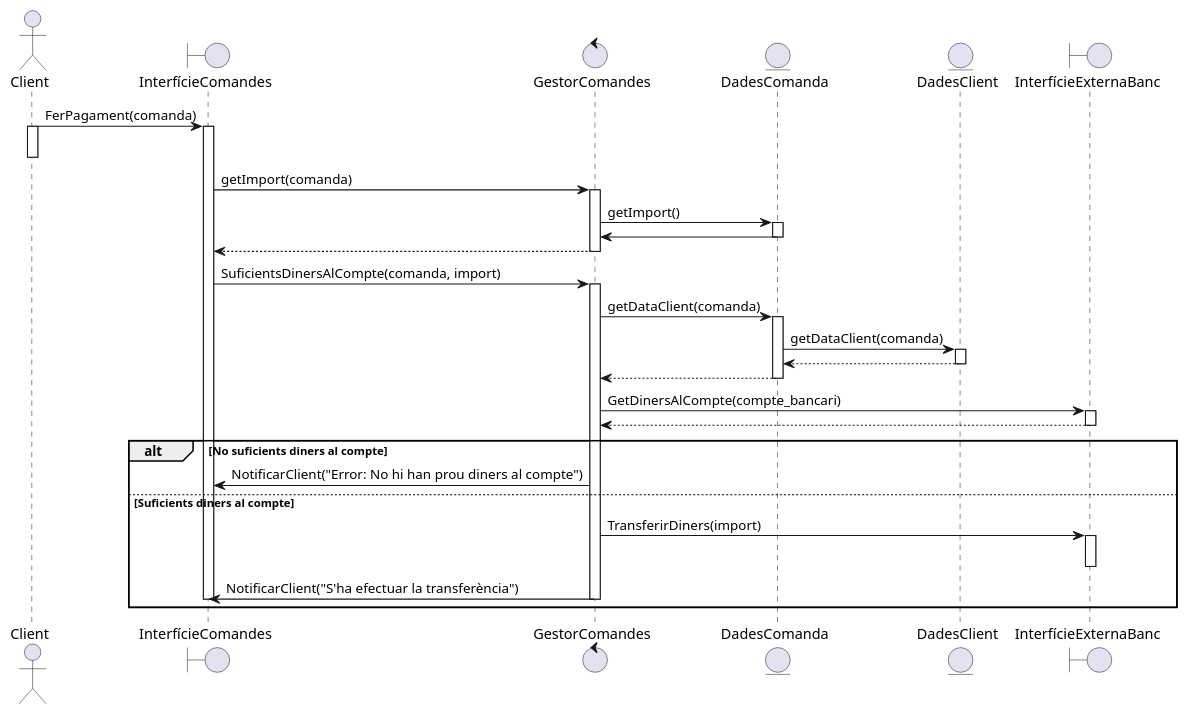
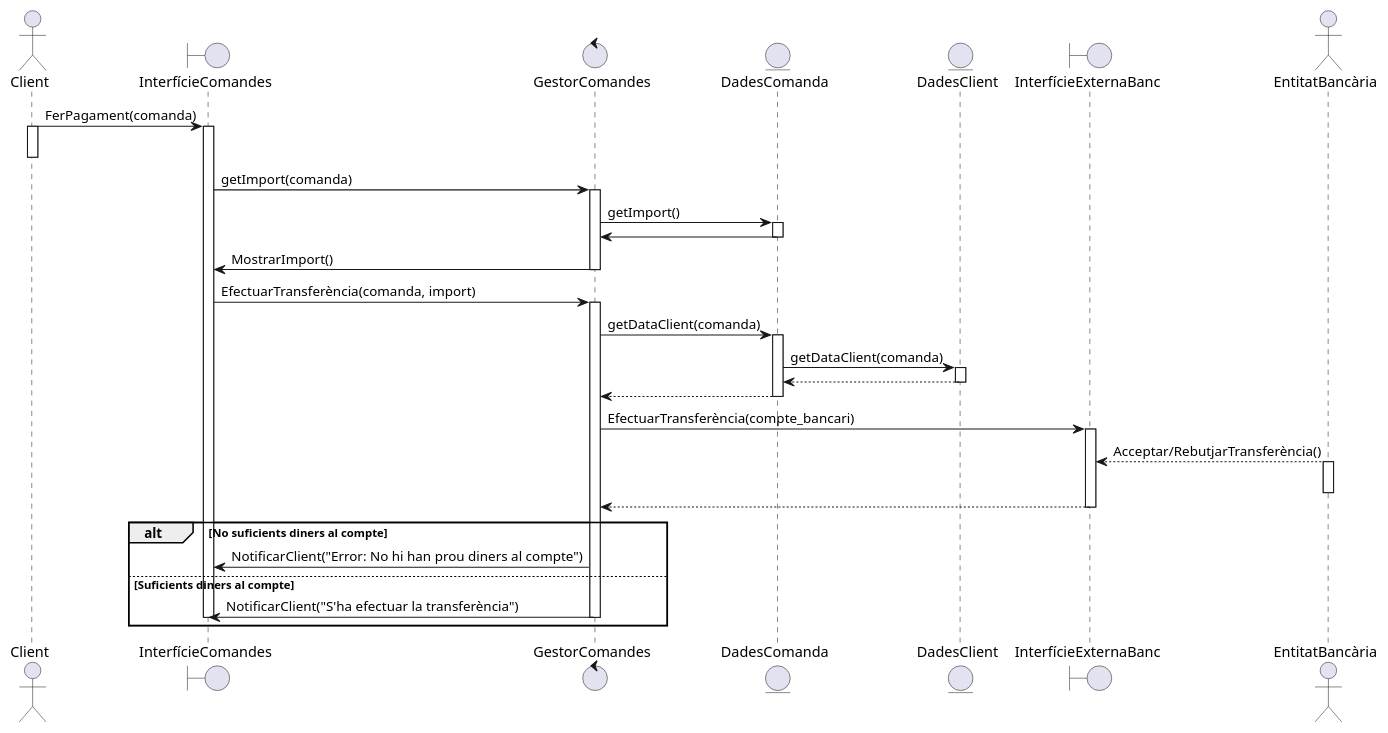
The diagram in documents/Diagrames i Especificacions/Seqüencia/seta/2 - fer pagament.puml (martipages/ES23UAB431-02), drawn with PlantUML before and after one commit. The commit also changed 8 other files, not shown here.

```diff
--- a/documents/Diagrames i Especificacions/Seqüencia/seta/2 - fer pagament.puml
+++ b/documents/Diagrames i Especificacions/Seqüencia/seta/2 - fer pagament.puml
@@ -1,46 +1,51 @@
 @startuml
 
 actor Client
-
 boundary InterfícieComandes
 
 control GestorComandes
 entity DadesComanda
 
 entity DadesClient
 
 boundary InterfícieExternaBanc
+actor EntitatBancària
+
 
 
 Client -> InterfícieComandes++:FerPagament(comanda)
 Client++
 Client--
 InterfícieComandes -> GestorComandes++:getImport(comanda)
 GestorComandes -> DadesComanda++:getImport()
 DadesComanda -> GestorComandes--
-GestorComandes-->InterfícieComandes--
+GestorComandes -> InterfícieComandes--: MostrarImport()
+
+
 
 'InterfícieComandes->GestorComptes++:FerPagament(import,client)
-InterfícieComandes->GestorComandes++:SuficientsDinersAlCompte(comanda, import)
+InterfícieComandes->GestorComandes++:EfectuarTransferència(comanda, import)
 GestorComandes->DadesComanda++:getDataClient(comanda)
 
 DadesComanda->DadesClient++:getDataClient(comanda)
 DadesClient-->DadesComanda--
 DadesComanda-->GestorComandes--
 
-GestorComandes->InterfícieExternaBanc++:GetDinersAlCompte(compte_bancari)
+GestorComandes->InterfícieExternaBanc++:EfectuarTransferència(compte_bancari)
+
+EntitatBancària --> InterfícieExternaBanc:Acceptar/RebutjarTransferència()
+EntitatBancària++
+EntitatBancària--
 InterfícieExternaBanc-->GestorComandes--
 alt No suficients diners al compte
 GestorComandes -> InterfícieComandes: NotificarClient("Error: No hi han prou diners al compte")
 else Suficients diners al compte
-GestorComandes -> InterfícieExternaBanc++:TransferirDiners(import)
-InterfícieExternaBanc--
 GestorComandes ->InterfícieComandes--:NotificarClient("S'ha efectuar la transferència")
 InterfícieComandes--
 end
 
 
 
 
 
 @enduml
```
